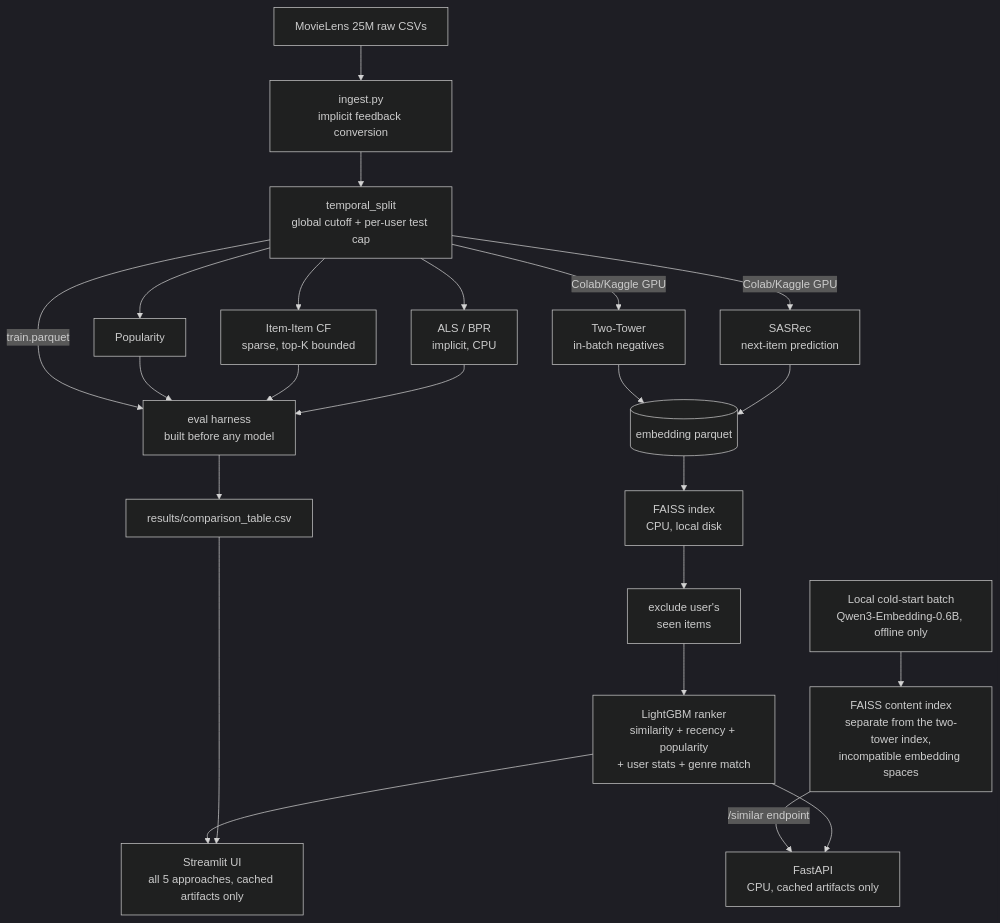
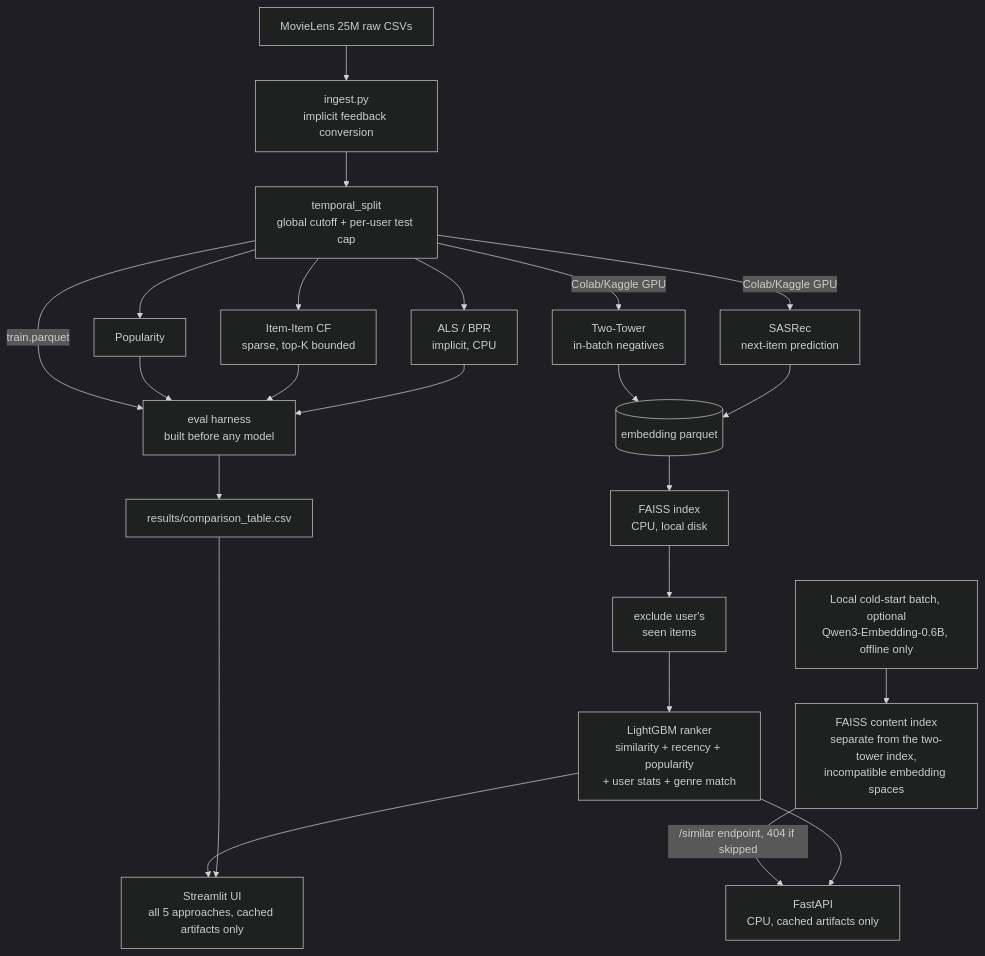
The diagram in README.md (abhinavharbola/reelbench), drawn with Mermaid (dark theme) before and after one commit. The commit also changed other lines of this file, not shown here.

````diff
--- a/README.md
+++ b/README.md
@@ -29,30 +29,30 @@
 ```mermaid
 flowchart TD
     raw[MovieLens 25M raw CSVs] --> ingest[ingest.py\nimplicit feedback conversion]
     ingest --> split[temporal_split\nglobal cutoff + per-user test cap]
     split -->|train.parquet| harness[eval harness\nbuilt before any model]
 
     split --> pop[Popularity]
     split --> cf[Item-Item CF\nsparse, top-K bounded]
     split --> als[ALS / BPR\nimplicit, CPU]
     split -->|Colab/Kaggle GPU| tt[Two-Tower\nin-batch negatives]
     split -->|Colab/Kaggle GPU| sasrec[SASRec\nnext-item prediction]
 
     pop --> harness
     cf --> harness
     als --> harness
     harness --> table[results/comparison_table.csv]
 
     tt --> embeddings[(embedding parquet)]
     sasrec --> embeddings
     embeddings --> faiss[FAISS index\nCPU, local disk]
     faiss --> seen[exclude user's\nseen items]
     seen --> ranker[LightGBM ranker\nsimilarity + recency + popularity\n+ user stats + genre match]
 
-    coldstart[Local cold-start batch\nQwen3-Embedding-0.6B, offline only] --> csfaiss[FAISS content index\nseparate from the two-tower index,\nincompatible embedding spaces]
-    csfaiss -->|/similar endpoint| api
+    coldstart[Local cold-start batch, optional\nQwen3-Embedding-0.6B, offline only] --> csfaiss[FAISS content index\nseparate from the two-tower index,\nincompatible embedding spaces]
+    csfaiss -->|/similar endpoint, 404 if skipped| api
 
     ranker --> api[FastAPI\nCPU, cached artifacts only]
     ranker --> ui[Streamlit UI\nall 5 approaches, cached artifacts only]
     table --> ui
 ```
````
